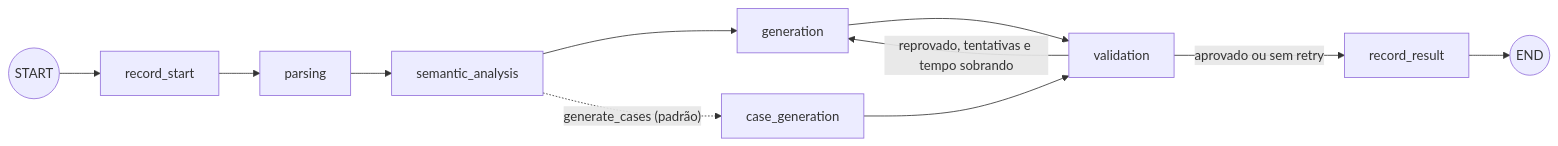
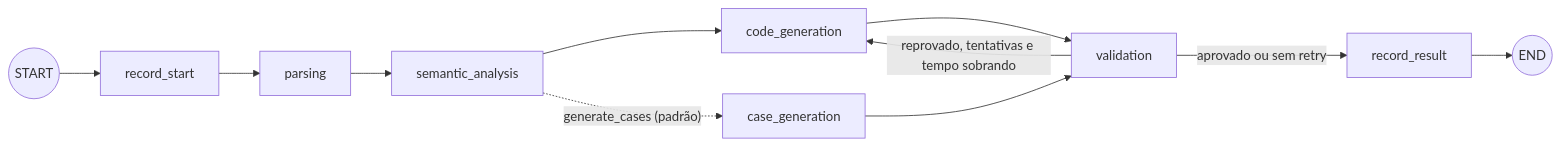
The diagram in README.md (pedro-nuness/desafio-tecnico-sql-python), drawn with Mermaid before and after one commit. The commit also changed other lines of this file and 62 other files, not shown here.

First line of the commit message:
refactor: rename generation components to code generation and update related configurations

````diff
--- a/README.md
+++ b/README.md
@@ -106,13 +106,13 @@
 ```mermaid
 flowchart LR
     START((START)) --> record_start
     record_start --> parsing
     parsing --> semantic_analysis
-    semantic_analysis --> generation
+    semantic_analysis --> code_generation
     semantic_analysis -. "generate_cases (padrão)" .-> case_generation
-    generation --> validation
+    code_generation --> validation
     case_generation --> validation
-    validation -- "reprovado, tentativas e tempo sobrando" --> generation
+    validation -- "reprovado, tentativas e tempo sobrando" --> code_generation
     validation -- "aprovado ou sem retry" --> record_result
     record_result --> END((END))
 ```
````
